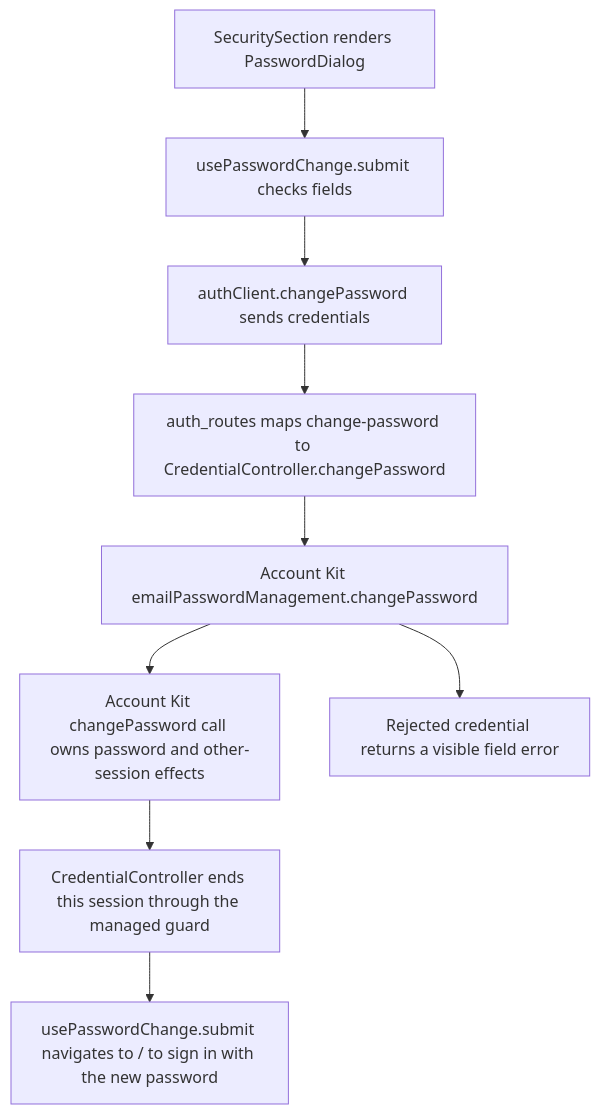
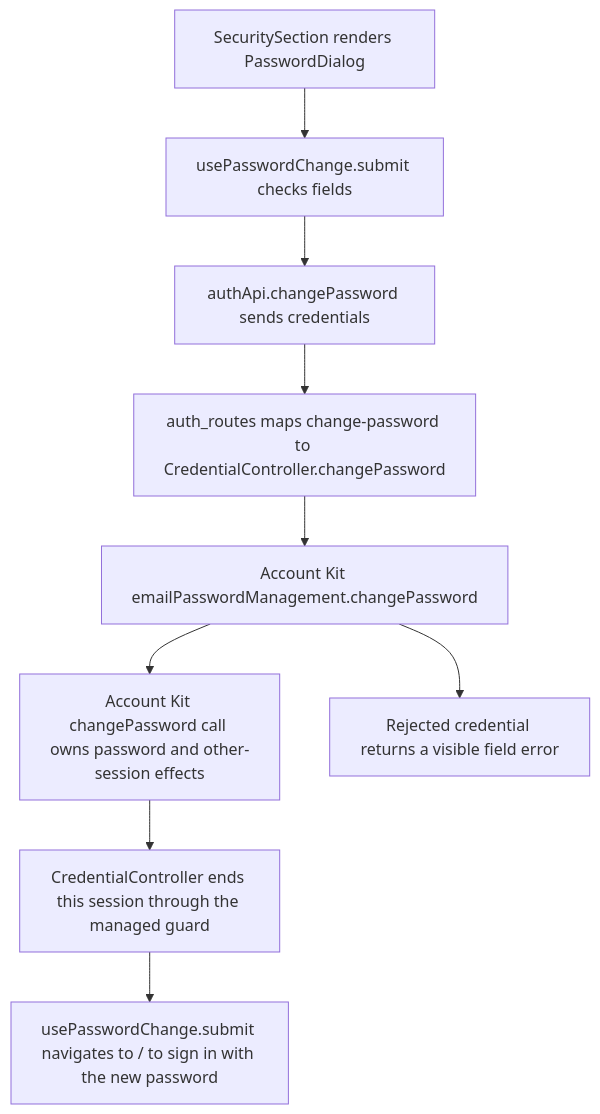
Before and after one commit to Kevinjohn/capacitylens: the second of 2 diagrams in user-stories/account/US-ACCOUNT-02-password-change.md, drawn with Mermaid. The commit also changed other lines of this file and 79 other files, not shown here.

First line of the commit message:
Client to Api: rename the typed HTTP modules

````diff
--- a/user-stories/account/US-ACCOUNT-02-password-change.md
+++ b/user-stories/account/US-ACCOUNT-02-password-change.md
@@ -34,11 +34,11 @@
 ```mermaid
 flowchart TD
   dialog["SecuritySection renders PasswordDialog"] --> submit["usePasswordChange.submit checks fields"]
-  submit --> client["authClient.changePassword sends credentials"]
+  submit --> client["authApi.changePassword sends credentials"]
   client --> route["auth_routes maps change-password to CredentialController.changePassword"]
   route --> kit["Account Kit emailPasswordManagement.changePassword"]
   kit --> sessions["Account Kit changePassword call owns password and other-session effects"]
   sessions --> session["CredentialController ends this session through the managed guard"]
   session --> reload["usePasswordChange.submit navigates to / to sign in with the new password"]
   kit --> error["Rejected credential returns a visible field error"]
 ```
````
